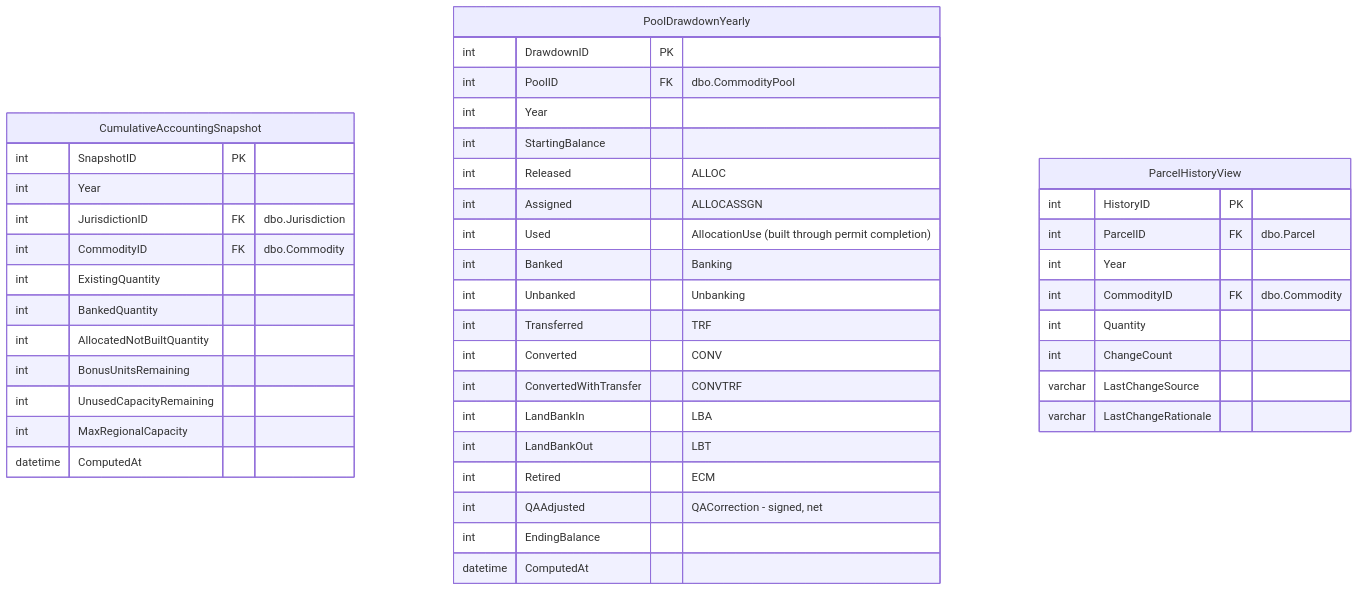
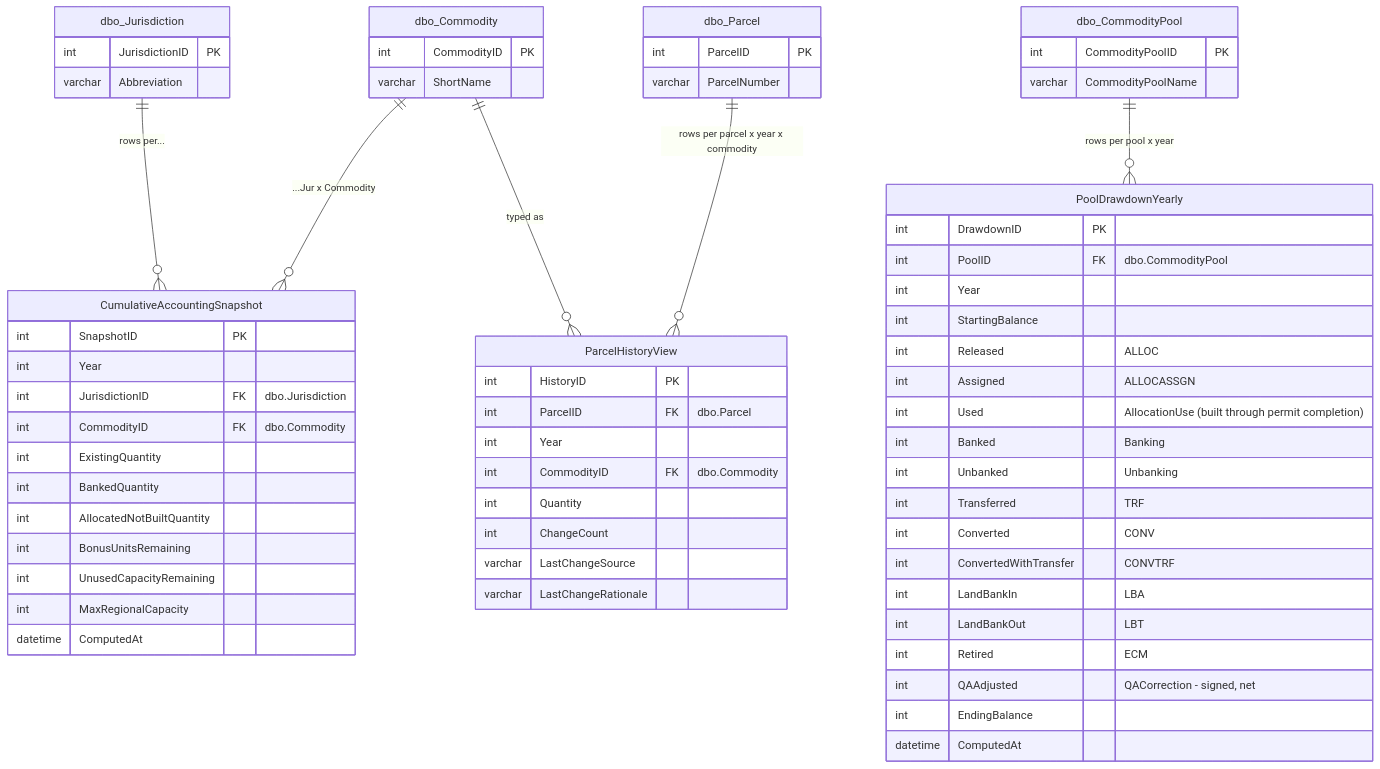
The fourth of 4 diagrams in erd/target_schema.md (trpa-agency/Reporting), drawn with Mermaid before and after one commit. The commit also changed other lines of this file and 1 other file, not shown here.

First line of the commit message:
erd: restore dropped relationship arrows in proposed Mermaid ERDs

````diff
--- a/erd/target_schema.md
+++ b/erd/target_schema.md
@@ -535,46 +598,68 @@
 ```mermaid
 erDiagram
     CumulativeAccountingSnapshot {
         int SnapshotID PK
         int Year
         int JurisdictionID FK "dbo.Jurisdiction"
         int CommodityID FK "dbo.Commodity"
         int ExistingQuantity
         int BankedQuantity
         int AllocatedNotBuiltQuantity
         int BonusUnitsRemaining
         int UnusedCapacityRemaining
         int MaxRegionalCapacity
         datetime ComputedAt
     }
     PoolDrawdownYearly {
         int DrawdownID PK
         int PoolID FK "dbo.CommodityPool"
         int Year
         int StartingBalance
         int Released "ALLOC"
         int Assigned "ALLOCASSGN"
         int Used "AllocationUse (built through permit completion)"
         int Banked "Banking"
         int Unbanked "Unbanking"
         int Transferred "TRF"
         int Converted "CONV"
         int ConvertedWithTransfer "CONVTRF"
         int LandBankIn "LBA"
         int LandBankOut "LBT"
         int Retired "ECM"
         int QAAdjusted "QACorrection - signed, net"
         int EndingBalance
         datetime ComputedAt
     }
     ParcelHistoryView {
         int HistoryID PK
         int ParcelID FK "dbo.Parcel"
         int Year
         int CommodityID FK "dbo.Commodity"
         int Quantity
         int ChangeCount
         varchar LastChangeSource
         varchar LastChangeRationale
     }
+    dbo_Jurisdiction {
+        int JurisdictionID PK
+        varchar Abbreviation
+    }
+    dbo_Commodity {
+        int CommodityID PK
+        varchar ShortName
+    }
+    dbo_CommodityPool {
+        int CommodityPoolID PK
+        varchar CommodityPoolName
+    }
+    dbo_Parcel {
+        int ParcelID PK
+        varchar ParcelNumber
+    }
+
+    dbo_Jurisdiction      ||--o{ CumulativeAccountingSnapshot : "rows per..."
+    dbo_Commodity         ||--o{ CumulativeAccountingSnapshot : "...Jur x Commodity"
+    dbo_CommodityPool     ||--o{ PoolDrawdownYearly           : "rows per pool x year"
+    dbo_Parcel            ||--o{ ParcelHistoryView            : "rows per parcel x year x commodity"
+    dbo_Commodity         ||--o{ ParcelHistoryView            : "typed as"
 ```
````
